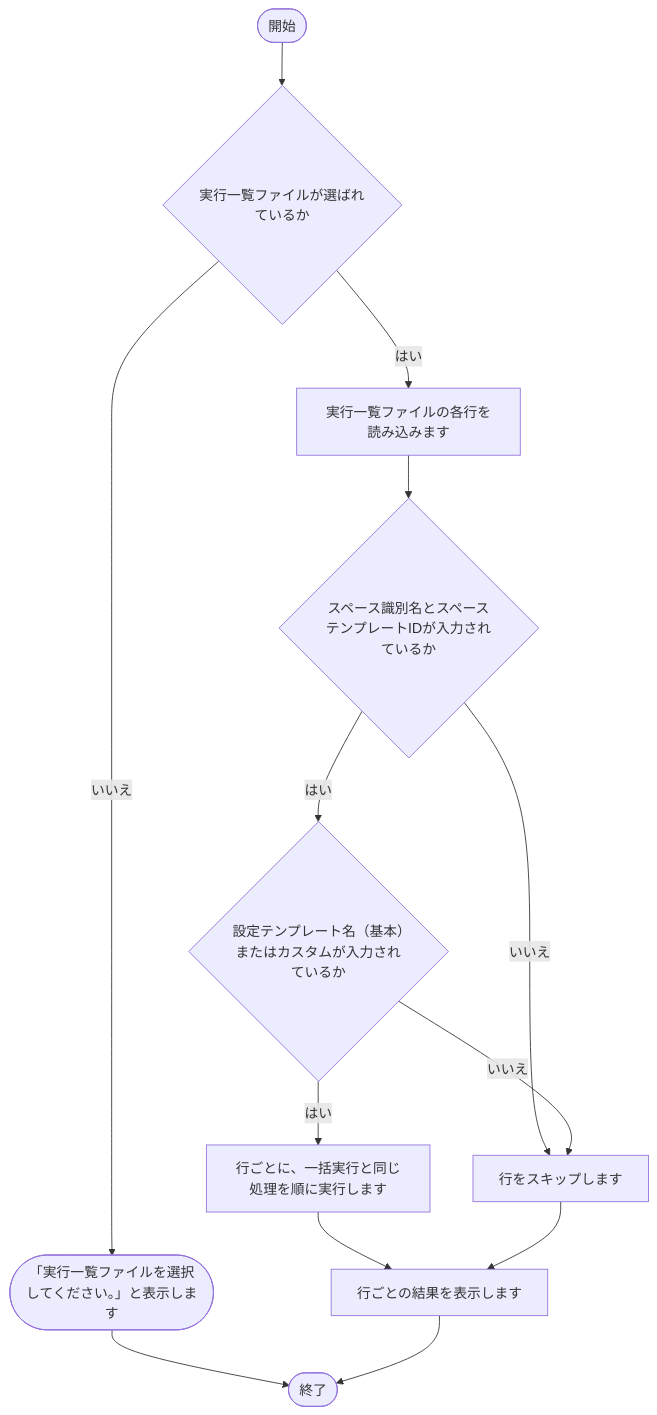
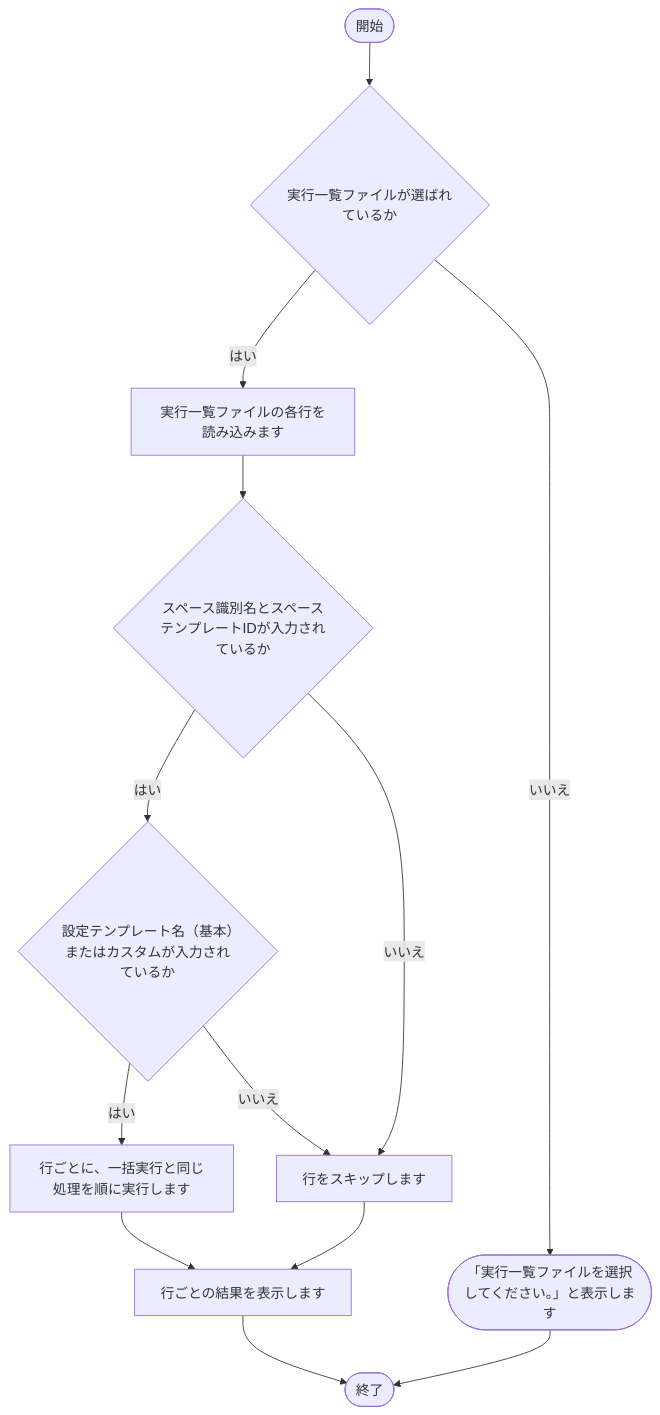
One commit to nishida2073/project_management changed the first of 16 diagrams in tool/kintone-resourse-generator/doc/02_設計/処理フロー.md. Above: the diagram before and after it, drawn with Mermaid. The commit also changed other lines of this file and 5 other files, not shown here.

````diff
--- a/tool/kintone-resourse-generator/doc/02_設計/処理フロー.md
+++ b/tool/kintone-resourse-generator/doc/02_設計/処理フロー.md
@@ -40,25 +40,25 @@
 ```mermaid
 flowchart TD
     S(["開始"])
     E(["終了"])
     N1{"実行一覧ファイルが選ばれているか"}
     X1(["「実行一覧ファイルを選択してください。」と表示します"])
     X1 --> E
+    N1 -- はい --> N2
     N1 -- いいえ --> X1
     S --> N1
     N2["実行一覧ファイルの各行を読み込みます"]
-    N1 -- はい --> N2
     N3{"スペース識別名とスペーステンプレートIDが入力されているか"}
     N2 --> N3
     N4{"設定テンプレート名（基本）またはカスタムが入力されているか"}
     N3 -- はい --> N4
     X3["行をスキップします"]
     N3 -- いいえ --> X3
+    N4 -- はい --> N5
     N4 -- いいえ --> X3
     N5["行ごとに、一括実行と同じ処理を順に実行します"]
-    N4 -- はい --> N5
     N6["行ごとの結果を表示します"]
     N5 --> N6
     X3 --> N6
     N6 --> E
 ```
````
